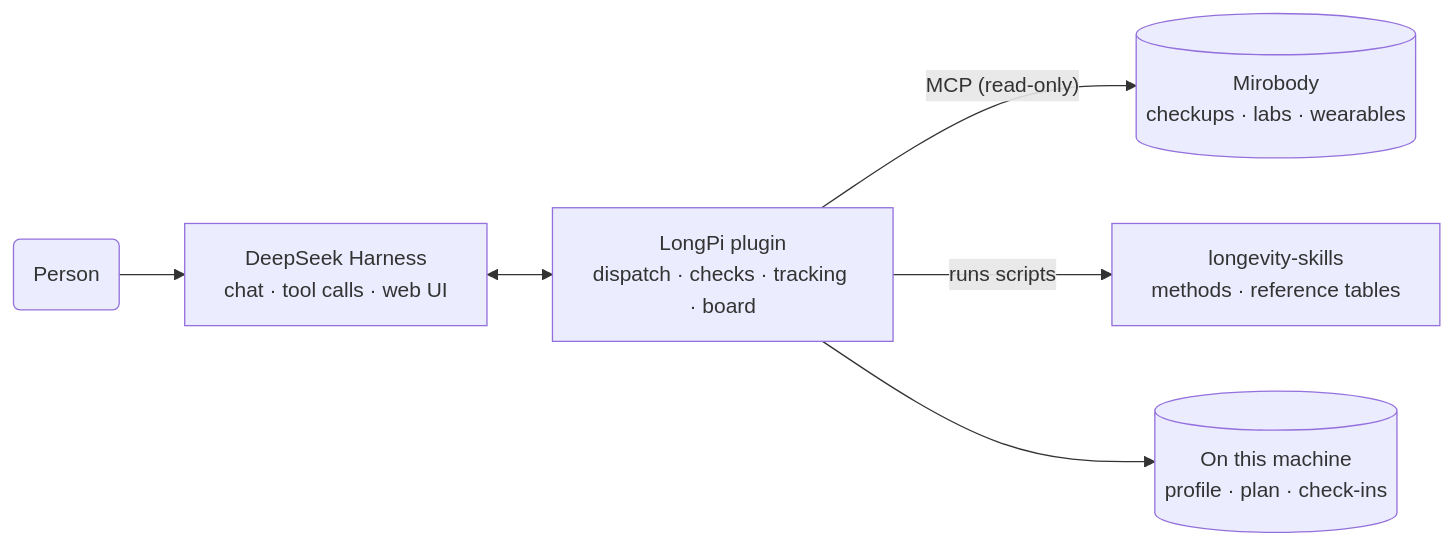
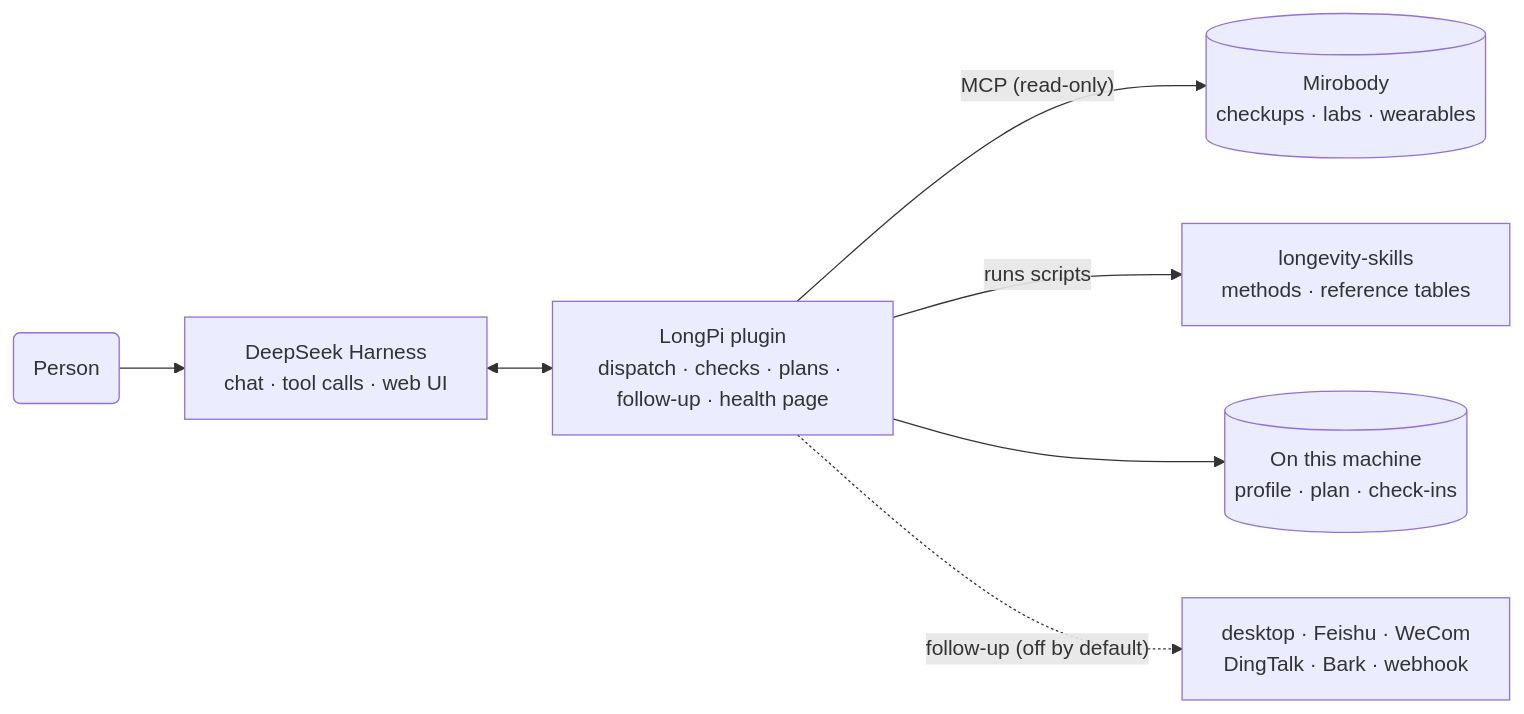
The diagram in README.md (zwbao/dsh-plugin-longpi), drawn with Mermaid before and after one commit. The commit also changed other lines of this file and 9 other files, not shown here.

````diff
--- a/README.md
+++ b/README.md
@@ -55,8 +68,9 @@
 ```mermaid
 flowchart LR
     U(Person) --> DSH["DeepSeek Harness<br/>chat · tool calls · web UI"]
-    DSH <--> LP["LongPi plugin<br/>dispatch · checks · tracking · board"]
+    DSH <--> LP["LongPi plugin<br/>dispatch · checks · plans · follow-up · health page"]
     LP -- "MCP (read-only)" --> MB[("Mirobody<br/>checkups · labs · wearables")]
     LP -- "runs scripts" --> SK["longevity-skills<br/>methods · reference tables"]
     LP --> LD[("On this machine<br/>profile · plan · check-ins")]
+    LP -. "follow-up (off by default)" .-> CH["desktop · Feishu · WeCom<br/>DingTalk · Bark · webhook"]
 ```
````
